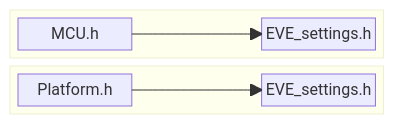
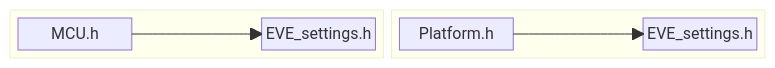
Before and after one commit to Bridgetek/Eve-MCU-Dev: the seventh of 11 diagrams in README.md, drawn with Mermaid. The commit also changed other lines of this file, not shown here.

Commit message:
revert HAL layer formatting in dependency diagram

````diff
--- a/README.md
+++ b/README.md
@@ -410,22 +410,21 @@
 ```mermaid
 block
-  columns 1
+  columns 2
 
-space
 
-  block:MCU_SIDE[" "]
+  block:MCU_SIDE[" "]:1
     columns 3
 
     A1["MCU.h"] space B1["EVE_settings.h"]
 
     A1 --> B1
   end
 
-  block:PLATFORM_SIDE[" "]
+  block:PLATFORM_SIDE[" "]:1
     columns 3
 
     A2["Platform.h"] space B2["EVE_settings.h"]
 
     A2 --> B2
   end
 ```
````
